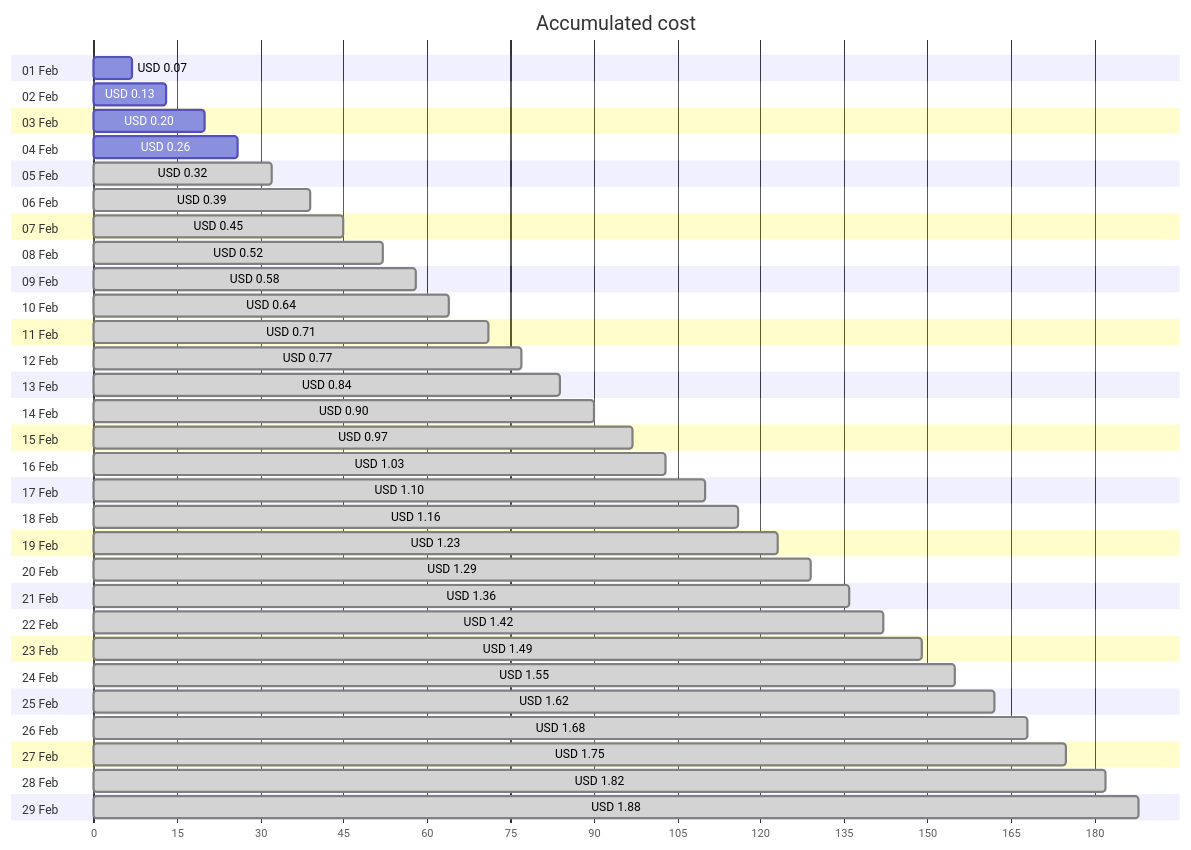
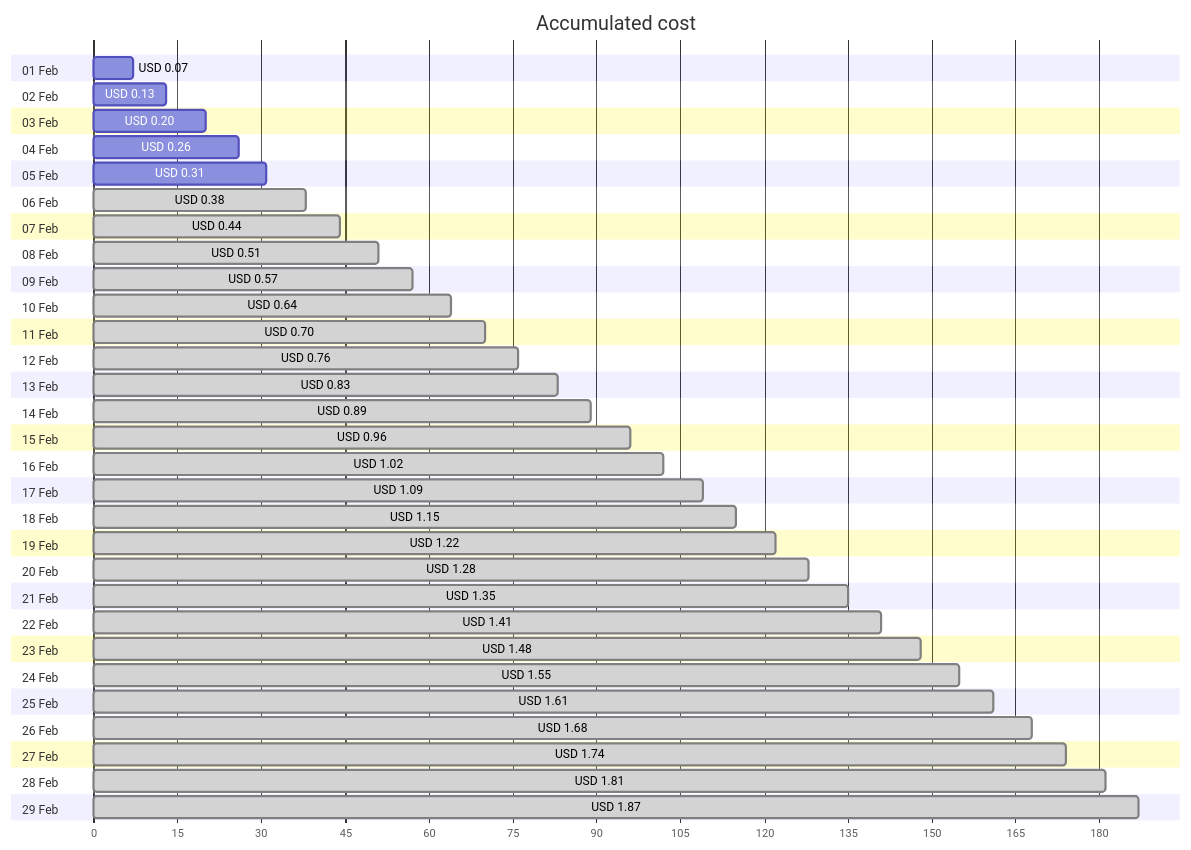
The first of 4 diagrams in cost-reports/personal-network/vpn-server_OsDisk.md (jpfulton/azure-personal-reports), drawn with Mermaid before and after one commit. The commit also changed other lines of this file and 8 other files, not shown here.

````diff
--- a/cost-reports/personal-network/vpn-server_OsDisk.md
+++ b/cost-reports/personal-network/vpn-server_OsDisk.md
@@ -20,64 +20,64 @@
 ```mermaid
 gantt
    title Accumulated cost
    dateFormat  X
    axisFormat %s
    section 01 Feb
    USD 0.07 :0, 7
    section 02 Feb
    USD 0.13 :0, 13
    section 03 Feb
    USD 0.20 :0, 20
    section 04 Feb
    USD 0.26 :0, 26
    section 05 Feb
-   USD 0.32 : done, 0, 32
+   USD 0.31 :0, 31
    section 06 Feb
-   USD 0.39 : done, 0, 39
+   USD 0.38 : done, 0, 38
    section 07 Feb
-   USD 0.45 : done, 0, 45
+   USD 0.44 : done, 0, 44
    section 08 Feb
-   USD 0.52 : done, 0, 52
+   USD 0.51 : done, 0, 51
    section 09 Feb
-   USD 0.58 : done, 0, 58
+   USD 0.57 : done, 0, 57
    section 10 Feb
    USD 0.64 : done, 0, 64
    section 11 Feb
-   USD 0.71 : done, 0, 71
+   USD 0.70 : done, 0, 70
    section 12 Feb
-   USD 0.77 : done, 0, 77
+   USD 0.76 : done, 0, 76
    section 13 Feb
-   USD 0.84 : done, 0, 84
+   USD 0.83 : done, 0, 83
    section 14 Feb
-   USD 0.90 : done, 0, 90
+   USD 0.89 : done, 0, 89
    section 15 Feb
-   USD 0.97 : done, 0, 97
+   USD 0.96 : done, 0, 96
    section 16 Feb
-   USD 1.03 : done, 0, 103
+   USD 1.02 : done, 0, 102
    section 17 Feb
-   USD 1.10 : done, 0, 110
+   USD 1.09 : done, 0, 109
    section 18 Feb
-   USD 1.16 : done, 0, 116
+   USD 1.15 : done, 0, 115
    section 19 Feb
-   USD 1.23 : done, 0, 123
+   USD 1.22 : done, 0, 122
    section 20 Feb
-   USD 1.29 : done, 0, 129
+   USD 1.28 : done, 0, 128
    section 21 Feb
-   USD 1.36 : done, 0, 136
+   USD 1.35 : done, 0, 135
    section 22 Feb
-   USD 1.42 : done, 0, 142
+   USD 1.41 : done, 0, 141
    section 23 Feb
-   USD 1.49 : done, 0, 149
+   USD 1.48 : done, 0, 148
    section 24 Feb
    USD 1.55 : done, 0, 155
    section 25 Feb
-   USD 1.62 : done, 0, 162
+   USD 1.61 : done, 0, 161
    section 26 Feb
    USD 1.68 : done, 0, 168
    section 27 Feb
-   USD 1.75 : done, 0, 175
+   USD 1.74 : done, 0, 174
    section 28 Feb
-   USD 1.82 : done, 0, 182
+   USD 1.81 : done, 0, 181
    section 29 Feb
-   USD 1.88 : done, 0, 188
+   USD 1.87 : done, 0, 187
 ```
````
